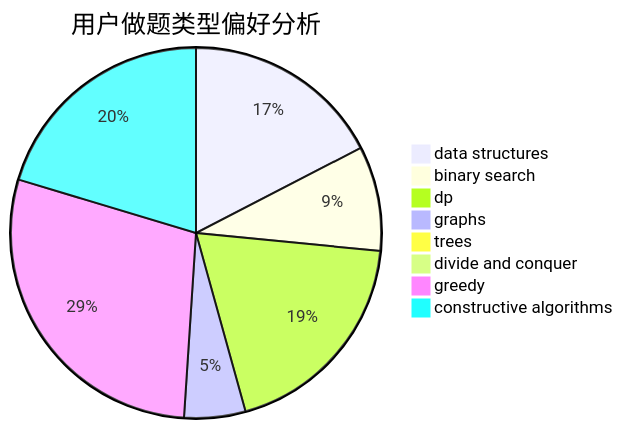
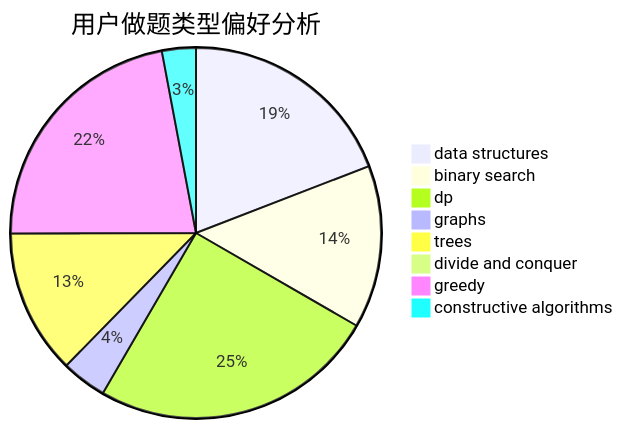
The second of 3 diagrams in docs/user/u1262.md (sherpahu/cfrs.github.io), drawn with Mermaid before and after one commit. The commit also changed other lines of this file and 2770 other files, not shown here.

````diff
--- a/docs/user/u1262.md
+++ b/docs/user/u1262.md
@@ -23,11 +23,11 @@
 ```mermaid
 pie title 用户做题类型偏好分析
-    "data structures" :  101
-    "binary search" :  53
-    "dp" :  111
-    "graphs" :  31
-    "trees" :  0
+    "data structures" :  97
+    "binary search" :  72
+    "dp" :  127
+    "graphs" :  20
+    "trees" :  64
     "divide and conquer" :  0
-    "greedy" :  166
-    "constructive algorithms" :  118
+    "greedy" :  112
+    "constructive algorithms" :  15
 ```
````
